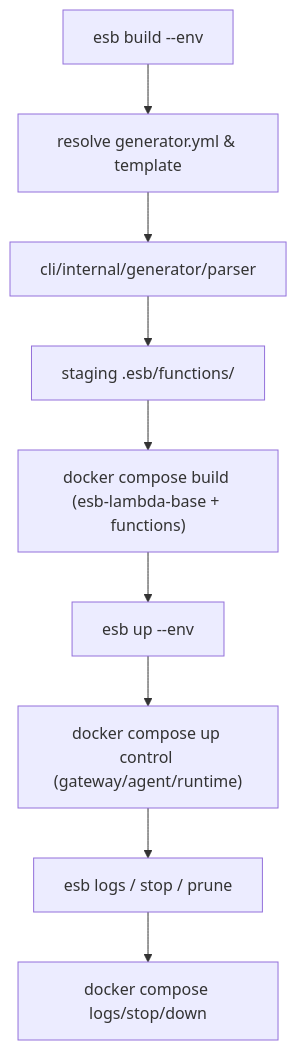
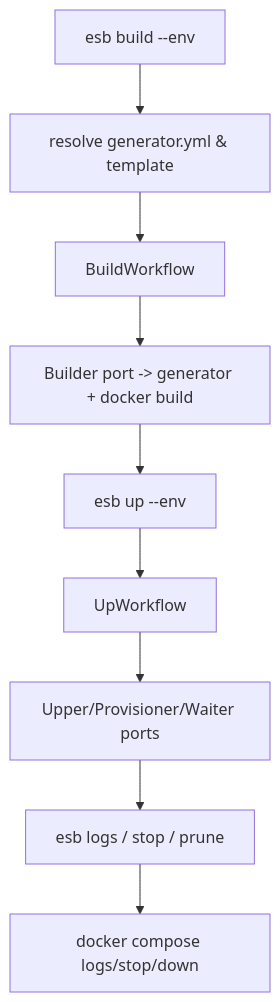
One commit to poruru-code/esb changed the second of 3 diagrams in docs/developer/cli-architecture.md. Above: the diagram before and after it, drawn with Mermaid. The commit also changed other lines of this file and 59 other files, not shown here.

Commit message:
CLI: env/project workflow化 + deps split

````diff
--- a/docs/developer/cli-architecture.md
+++ b/docs/developer/cli-architecture.md
@@ -42,9 +59,11 @@
 ```mermaid
 flowchart TD
     A[esb build --env <env>] --> B[resolve generator.yml & template]
-    B --> C[cli/internal/generator/parser]
-    C --> D[staging .esb/functions/<fn>]
-    D --> E["docker compose build (esb-lambda-base + functions)"]
-    E --> F[esb up --env <env>] --> G["docker compose up control (gateway/agent/runtime)"]
-    G --> H[esb logs / stop / prune] --> I[docker compose logs/stop/down]
+    B --> C[BuildWorkflow]
+    C --> D[Builder port -> generator + docker build]
+    D --> E[esb up --env <env>]
+    E --> F[UpWorkflow]
+    F --> G[Upper/Provisioner/Waiter ports]
+    G --> H[esb logs / stop / prune]
+    H --> I[docker compose logs/stop/down]
 ```
````
